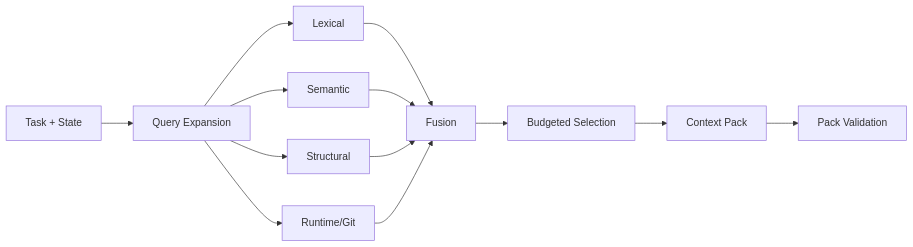
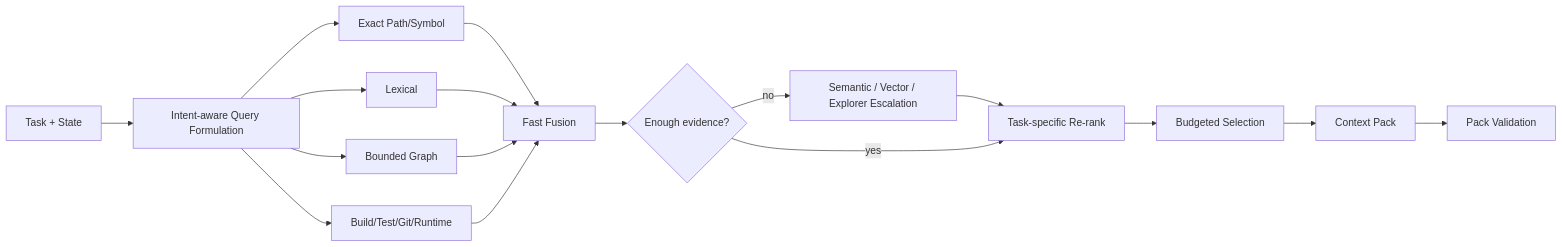
Before and after one commit to brutalstein/everything-cli: the diagram in docs/07_CONTEXT_ECONOMY_ENGINE.md, drawn with Mermaid. The commit also changed other lines of this file, not shown here.

Commit message:
Align context economy with Repository Intelligence 2.0

````diff
--- a/docs/07_CONTEXT_ECONOMY_ENGINE.md
+++ b/docs/07_CONTEXT_ECONOMY_ENGINE.md
@@ -33,15 +41,19 @@
 ```mermaid
 flowchart LR
-    T[Task + State] --> Q[Query Expansion]
+    T[Task + State] --> Q[Intent-aware Query Formulation]
+    Q --> X[Exact Path/Symbol]
     Q --> L[Lexical]
-    Q --> S[Semantic]
-    Q --> G[Structural]
-    Q --> R[Runtime/Git]
-    L --> F[Fusion]
-    S --> F
+    Q --> G[Bounded Graph]
+    Q --> B[Build/Test/Git/Runtime]
+    X --> F[Fast Fusion]
+    L --> F
     G --> F
-    R --> F
-    F --> B[Budgeted Selection]
-    B --> P[Context Pack]
+    B --> F
+    F --> N{Enough evidence?}
+    N -- no --> S[Semantic / Vector / Explorer Escalation]
+    S --> R[Task-specific Re-rank]
+    N -- yes --> R
+    R --> C[Budgeted Selection]
+    C --> P[Context Pack]
     P --> V[Pack Validation]
 ```
````
